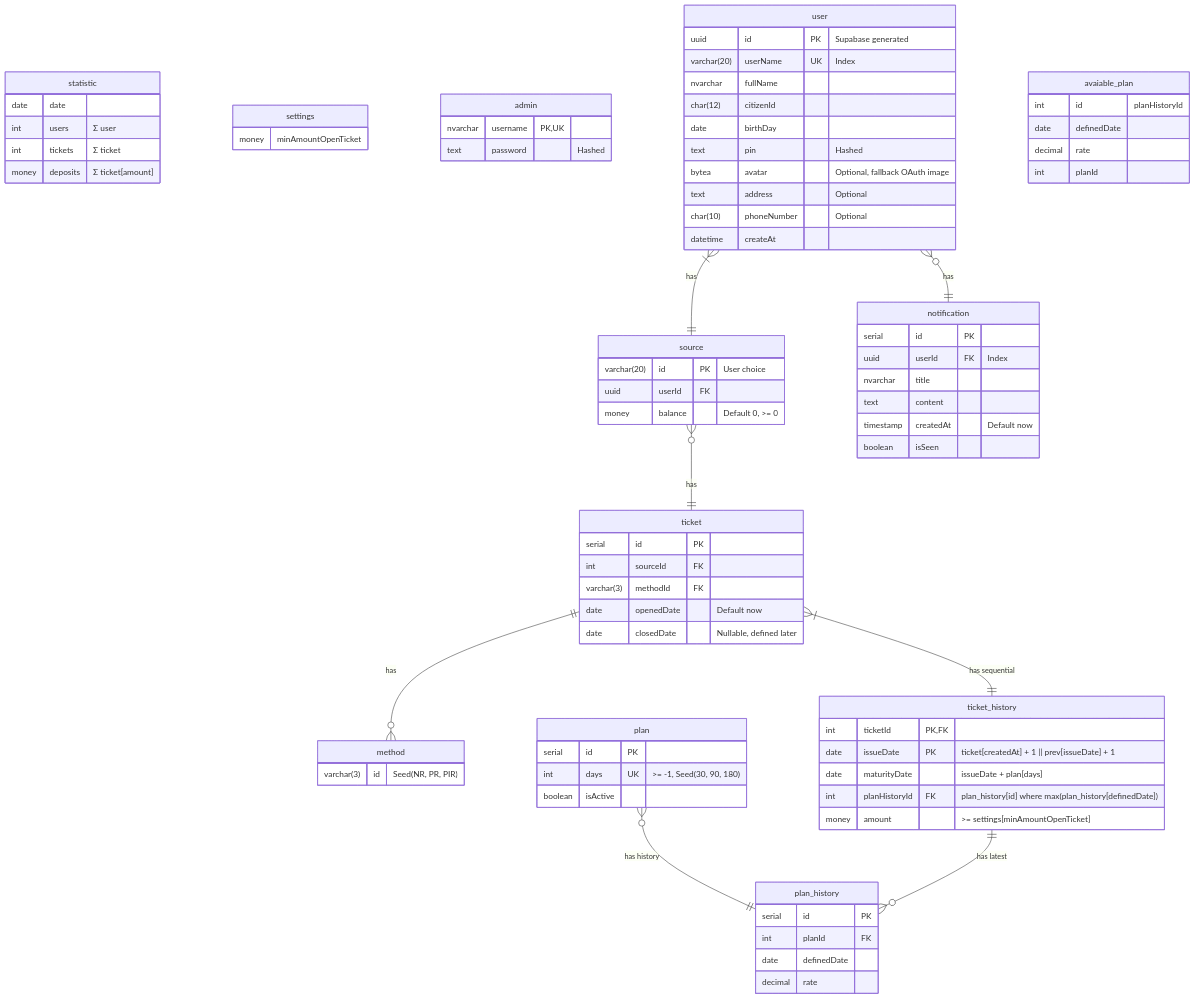
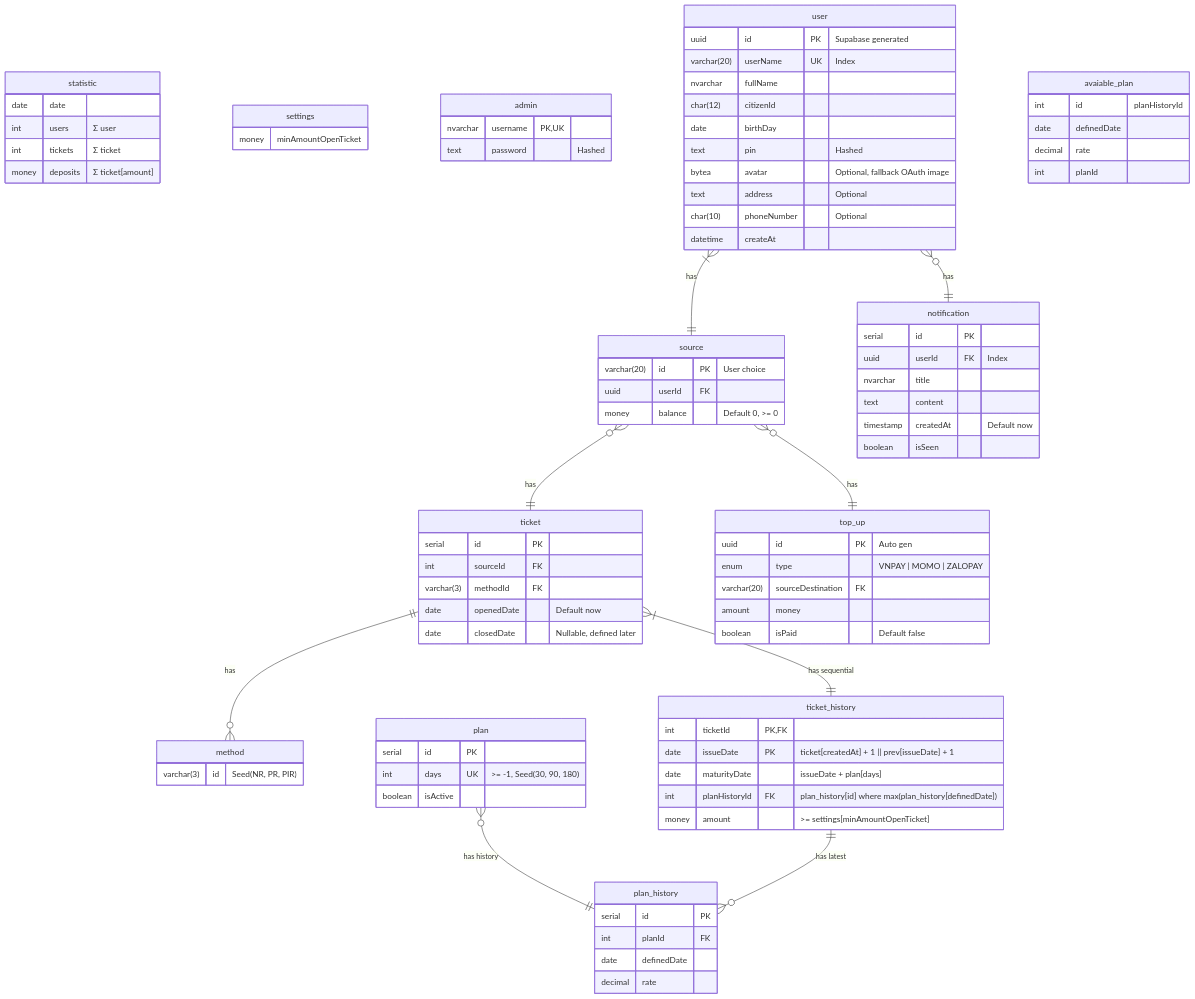
The diagram in docs/diagrams/database.md (coinhub-uit/coinhub-uit.github.io), drawn with Mermaid before and after one commit.

Commit message:
feat(db): add table top up

````diff
--- a/docs/diagrams/database.md
+++ b/docs/diagrams/database.md
@@ -90,6 +90,14 @@
     int planId
   }
 
+  top_up {
+    uuid id PK "Auto gen"
+    enum type "VNPAY | MOMO | ZALOPAY"
+    varchar(20) sourceDestination FK
+    amount money
+    boolean isPaid "Default false"
+  }
+
   user }o--|| notification : "has"
   user }|--|| source : "has"
   source }o--|| ticket : "has"
@@ -97,4 +105,5 @@
   ticket }|--|| ticket_history : "has sequential"
   plan }o--|| plan_history : "has history"
   ticket_history ||--}o plan_history : "has latest"
+  source }o--|| top_up : "has"
 ```
````
